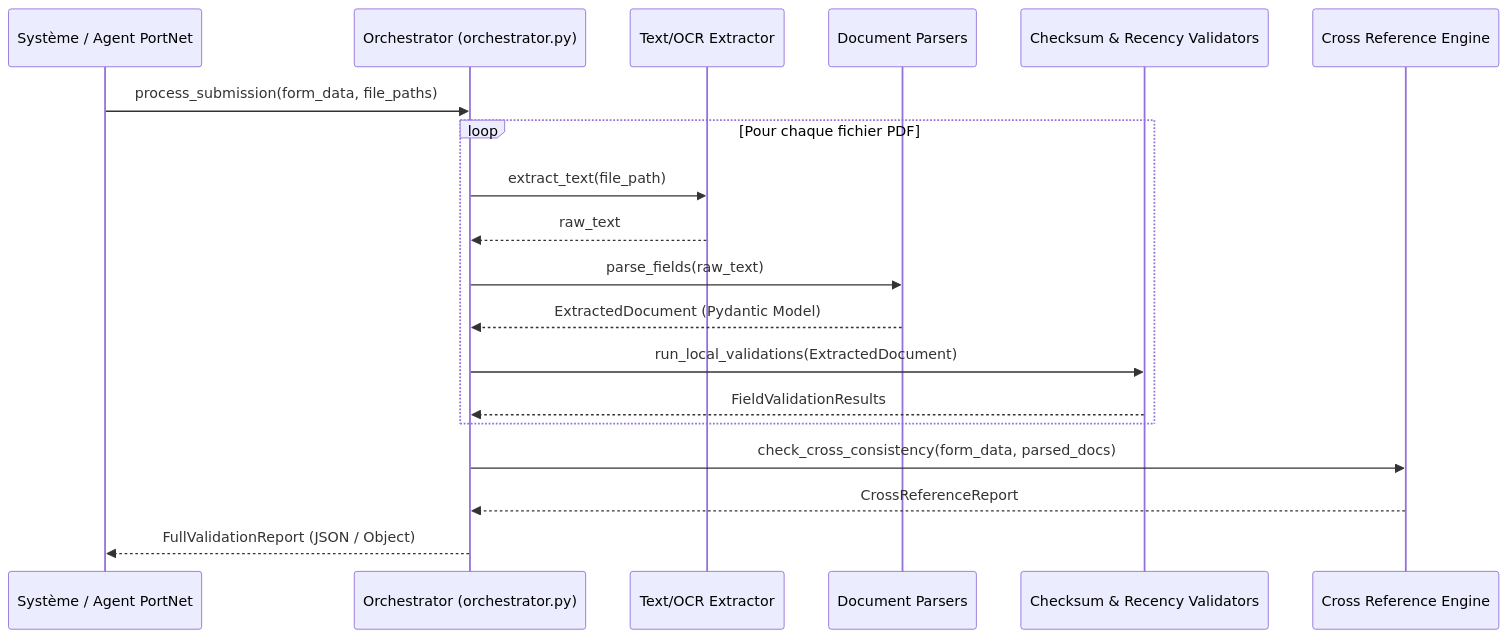
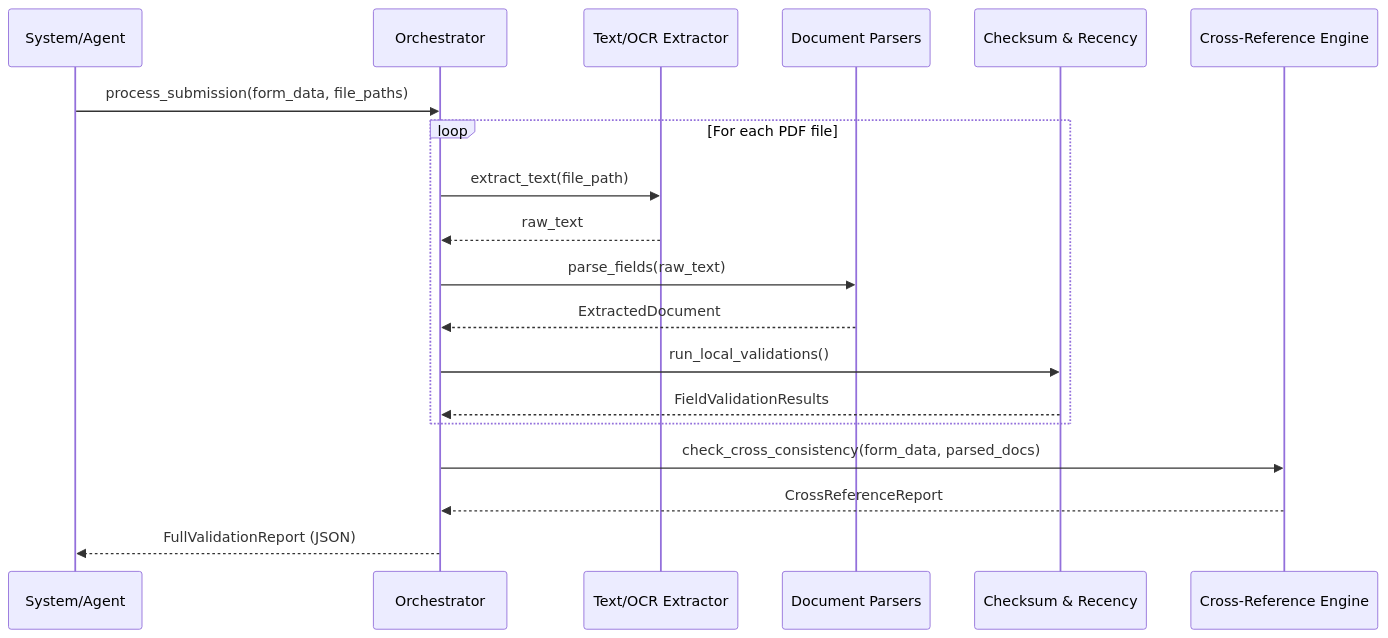
One commit to mouadbara21/AI_reclamaitons_assistant changed the fourth of 10 diagrams in Rapport_Verification_Documents_PortNet.md. Above: the diagram before and after it, drawn with Mermaid. The commit also changed other lines of this file, not shown here.

````diff
--- a/Rapport_Verification_Documents_PortNet.md
+++ b/Rapport_Verification_Documents_PortNet.md
@@ -136,22 +190,24 @@
 ```mermaid
 sequenceDiagram
-    participant User as Système / Agent PortNet
-    participant Orch as Orchestrator (orchestrator.py)
+    participant User as System/Agent
+    participant Orch as Orchestrator
     participant Ext as Text/OCR Extractor
     participant Pars as Document Parsers
-    participant Val as Checksum & Recency Validators
-    participant Cross as Cross Reference Engine
+    participant Val as Checksum & Recency
+    participant Cross as Cross-Reference Engine
 
     User->>Orch: process_submission(form_data, file_paths)
-    loop Pour chaque fichier PDF
+    
+    loop For each PDF file
         Orch->>Ext: extract_text(file_path)
         Ext-->>Orch: raw_text
         Orch->>Pars: parse_fields(raw_text)
-        Pars-->>Orch: ExtractedDocument (Pydantic Model)
-        Orch->>Val: run_local_validations(ExtractedDocument)
+        Pars-->>Orch: ExtractedDocument
+        Orch->>Val: run_local_validations()
         Val-->>Orch: FieldValidationResults
     end
+    
     Orch->>Cross: check_cross_consistency(form_data, parsed_docs)
     Cross-->>Orch: CrossReferenceReport
-    Orch-->>User: FullValidationReport (JSON / Object)
+    Orch-->>User: FullValidationReport (JSON)
 ```
````
